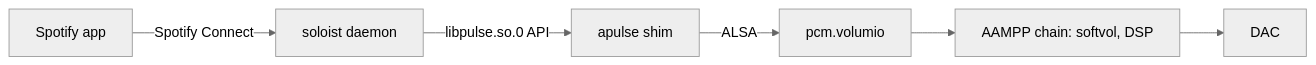
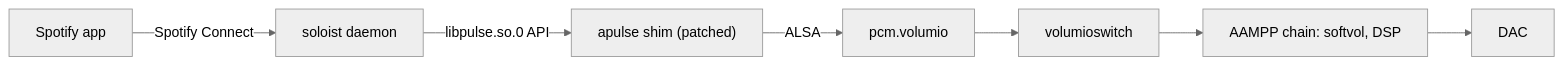
Before and after one commit to foonerd/alsa_soloist_connect: the first of 4 diagrams in README.md, drawn with Mermaid (neutral theme). The commit also changed other lines of this file and 3 other files, not shown here.

````diff
--- a/README.md
+++ b/README.md
@@ -30,8 +32,9 @@
 ```mermaid
 flowchart LR
     A["Spotify app"] -->|"Spotify Connect"| B["soloist daemon"]
-    B -->|"libpulse.so.0 API"| C["apulse shim"]
+    B -->|"libpulse.so.0 API"| C["apulse shim (patched)"]
     C -->|"ALSA"| D["pcm.volumio"]
-    D --> E["AAMPP chain: softvol, DSP"]
-    E --> F["DAC"]
+    D --> E["volumioswitch"]
+    E --> F["AAMPP chain: softvol, DSP"]
+    F --> G["DAC"]
 ```
````
